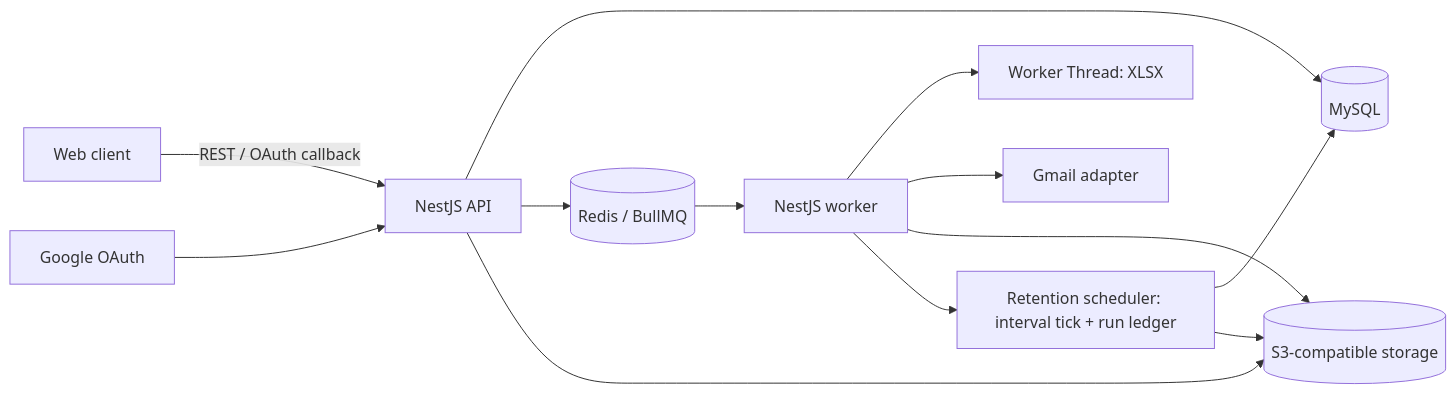
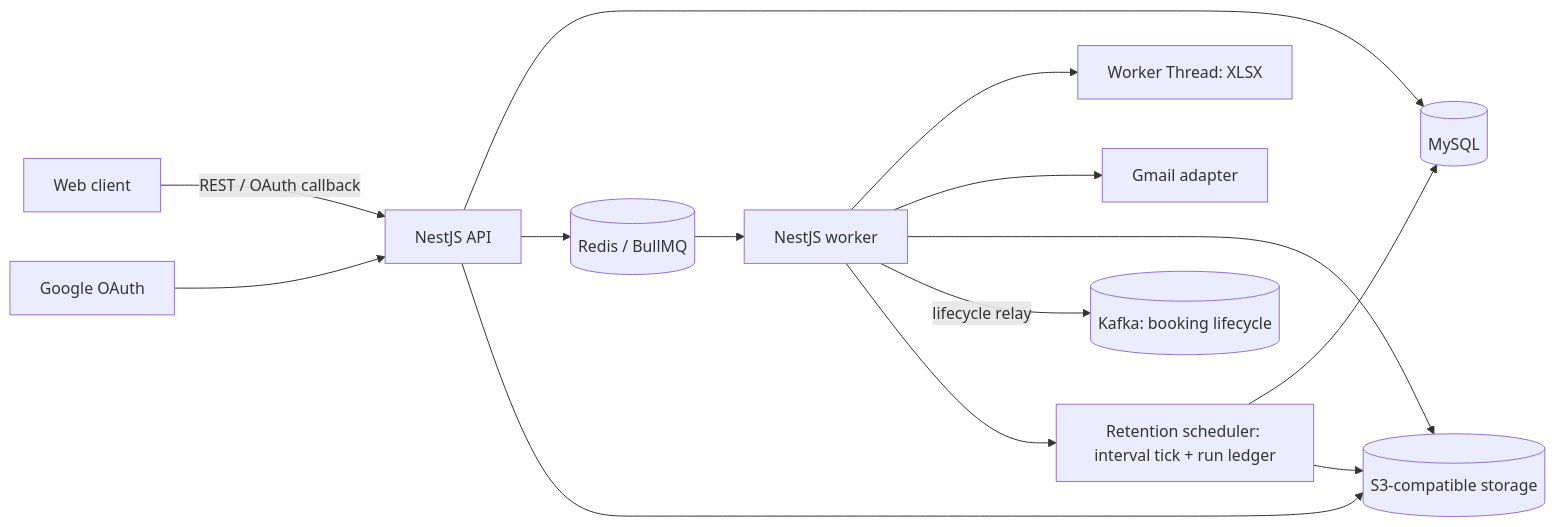
One commit to thaind-2785/nestjs-mock-project changed the diagram in docs/architecture/system-design.md. Above: the diagram before and after it, drawn with Mermaid. The commit also changed other lines of this file and 46 other files, not shown here.

First line of the commit message:
feat(bookings): stream booking lifecycle changes to Kafka through the outbox

````diff
--- a/docs/architecture/system-design.md
+++ b/docs/architecture/system-design.md
@@ -15,15 +18,16 @@
 ```mermaid
 flowchart LR
     C[Web client] -->|REST / OAuth callback| API[NestJS API]
     G[Google OAuth] --> API
     API --> DB[(MySQL)]
     API --> R[(Redis / BullMQ)]
     API --> S[(S3-compatible storage)]
     R --> Q[NestJS worker]
     Q --> WT[Worker Thread: XLSX]
     Q --> GM[Gmail adapter]
     Q --> S
+    Q -->|lifecycle relay| K[(Kafka: booking lifecycle)]
     Q --> RET[Retention scheduler: interval tick + run ledger]
     RET --> DB
     RET --> S
 ```
````
